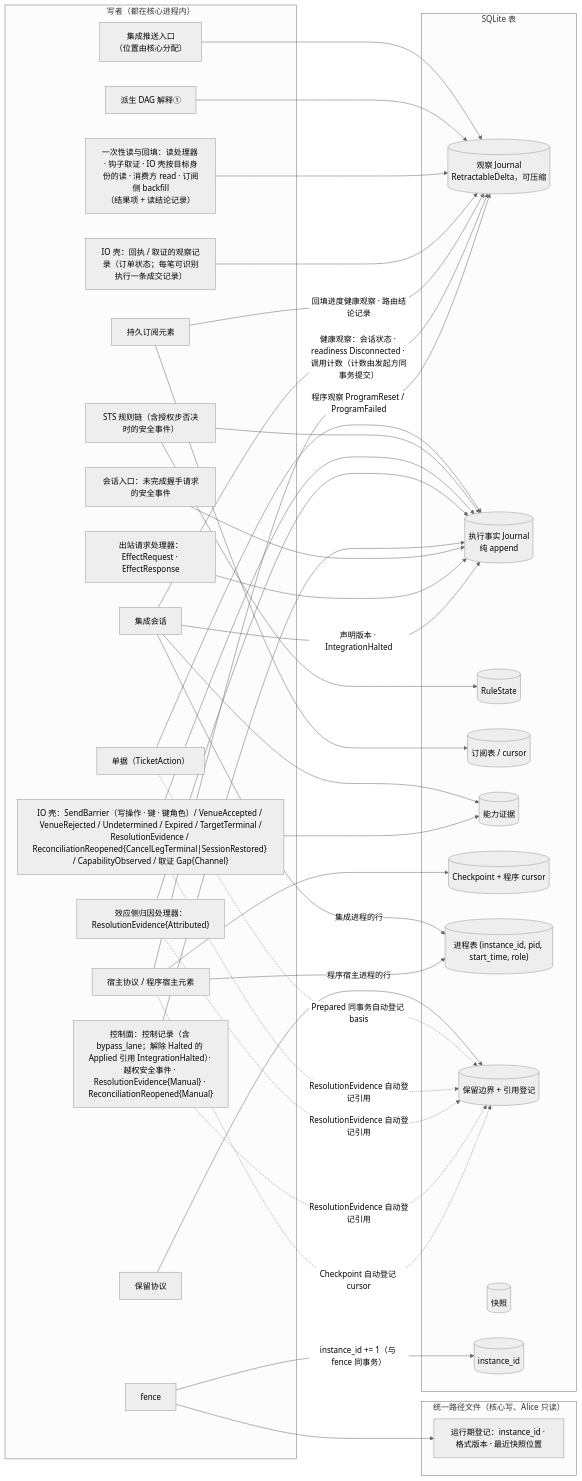
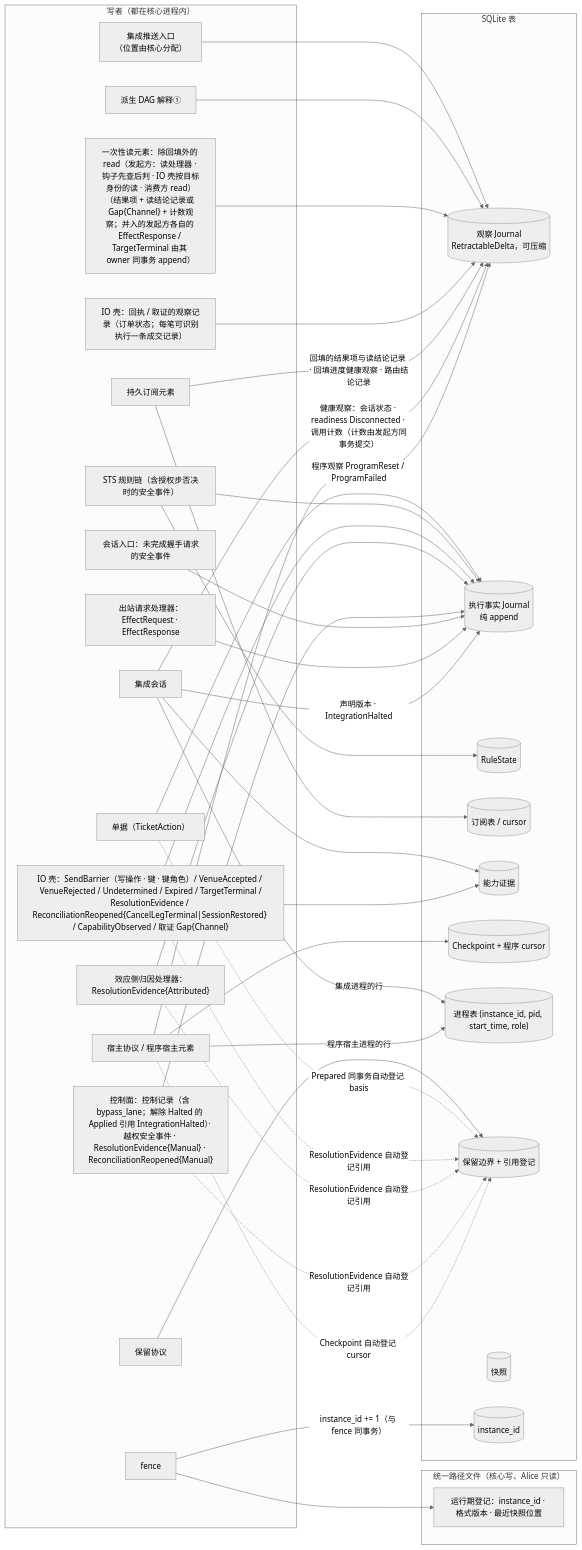
One commit to mouriya-s-lab/uta changed the fourth of 4 diagrams in design/diagrams/01-process-topology.md. Above: the diagram before and after it, drawn with Mermaid (neutral theme). The commit also changed other lines of this file and 9 other files, not shown here.

Commit message:
design: round-4 contradiction fixes — downstream never asserts unestablished outcomes, one-shot read element owns in-flight reads and merging, current declaration served by integration session, uses graph and README alignment, reference fixes

````diff
--- a/design/diagrams/01-process-topology.md
+++ b/design/diagrams/01-process-topology.md
@@ -163,66 +163,66 @@
 ```mermaid
 flowchart LR
   subgraph W["写者（都在核心进程内）"]
     PUSH["集成推送入口<br/>（位置由核心分配）"]
     DAG["派生 DAG 解释①"]
-    RD["一次性读与回填：读处理器 · 钩子取证 · IO 壳按目标身份的读 · 消费方 read · 订阅侧 backfill<br/>（结果项 + 读结论记录）"]
+    RD["一次性读元素：除回填外的 read（发起方：读处理器 · 钩子先查后判 · IO 壳按目标身份的读 · 消费方 read）<br/>（结果项 + 读结论记录或 Gap{Channel} + 计数观察；并入的发起方各自的 EffectResponse / TargetTerminal 由其 owner 同事务 append）"]
     IOR["IO 壳：回执 / 取证的观察记录（订单状态；每笔可识别执行一条成交记录）"]
     TK["单据（TicketAction）"]
     STS["STS 规则链（含授权步否决时的安全事件）"]
     IOE["IO 壳：SendBarrier（写操作 · 键 · 键角色）/ VenueAccepted / VenueRejected / Undetermined / Expired / TargetTerminal /<br/>ResolutionEvidence / ReconciliationReopened{CancelLegTerminal|SessionRestored} / CapabilityObserved / 取证 Gap{Channel}"]
     ATTR["效应侧归因处理器：ResolutionEvidence{Attributed}"]
     CTL["控制面：控制记录（含 bypass_lane；解除 Halted 的 Applied 引用 IntegrationHalted）· 越权安全事件 · ResolutionEvidence{Manual} · ReconciliationReopened{Manual}"]
     SESS["会话入口：未完成握手请求的安全事件"]
     OUT["出站请求处理器：EffectRequest · EffectResponse"]
     SUBEL["持久订阅元素"]
     ISESS["集成会话"]
     HOSTP["宿主协议 / 程序宿主元素"]
     FENCE["fence"]
     RET["保留协议"]
   end
   subgraph T["SQLite 表"]
     OJ[("观察 Journal<br/>RetractableDelta，可压缩")]
     EJ[("执行事实 Journal<br/>纯 append")]
     RS[("RuleState")]
     SUB[("订阅表 / cursor")]
     CAP[("能力证据")]
     CK[("Checkpoint + 程序 cursor")]
     PT[("进程表 (instance_id, pid, start_time, role)")]
     RB[("保留边界 + 引用登记")]
     SN[("快照")]
     IID[("instance_id")]
   end
   subgraph F["统一路径文件（核心写、Alice 只读）"]
     RUN["运行期登记：instance_id · 格式版本 · 最近快照位置"]
   end
   PUSH --> OJ
   DAG --> OJ
   RD --> OJ
   IOR --> OJ
   TK --> EJ
   STS --> EJ
   STS --> RS
   IOE --> EJ
   ATTR --> EJ
   CTL --> EJ
   SESS --> EJ
   OUT --> EJ
   SUBEL --> SUB
-  SUBEL -->|"回填进度健康观察 · 路由结论记录"| OJ
+  SUBEL -->|"回填的结果项与读结论记录 · 回填进度健康观察 · 路由结论记录"| OJ
   ISESS --> CAP
   ISESS -->|"声明版本 · IntegrationHalted"| EJ
   ISESS -->|"集成进程的行"| PT
   ISESS -->|"健康观察：会话状态 · readiness Disconnected · 调用计数（计数由发起方同事务提交）"| OJ
   HOSTP -->|"程序宿主进程的行"| PT
   IOE --> CAP
   HOSTP --> CK
   HOSTP -->|"程序观察 ProgramReset / ProgramFailed"| OJ
   FENCE -->|"instance_id += 1（与 fence 同事务）"| IID
   FENCE --> RUN
   RET --> RB
   TK -.->|"Prepared 同事务自动登记 basis"| RB
   IOE -.->|"ResolutionEvidence 自动登记引用"| RB
   ATTR -.->|"ResolutionEvidence 自动登记引用"| RB
   CTL -.->|"ResolutionEvidence 自动登记引用"| RB
   HOSTP -.->|"Checkpoint 自动登记 cursor"| RB
 ```
````
